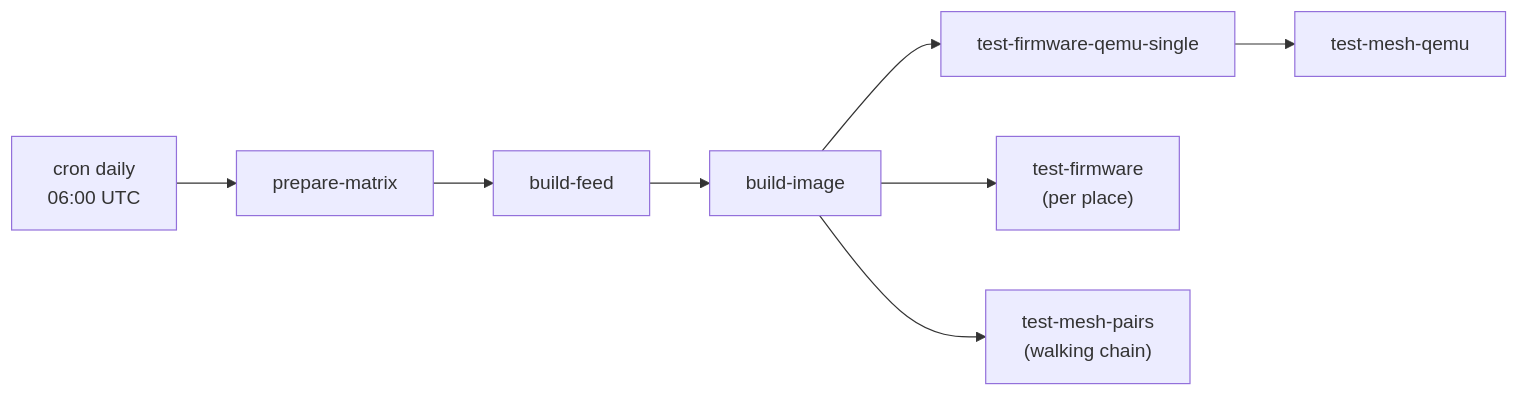
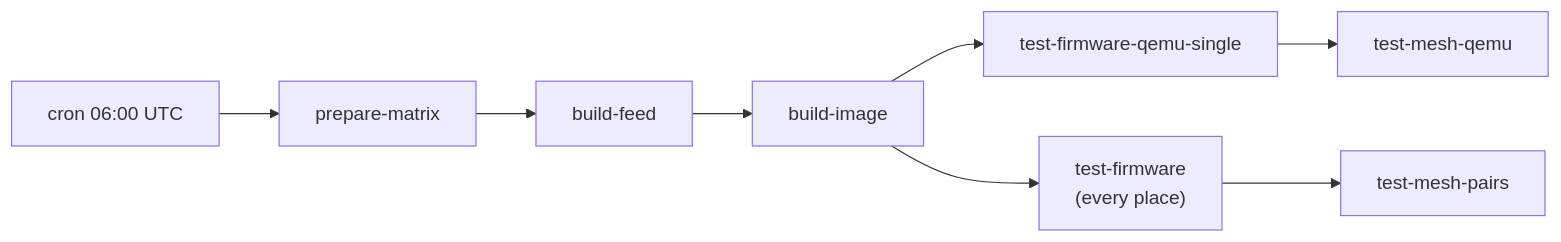
Before and after one commit to libremesh/lime-packages: the fourth of 4 diagrams in docs/ci/firmware-build.md, drawn with Mermaid. The commit also changed other lines of this file and 1 other file, not shown here.

````diff
--- a/docs/ci/firmware-build.md
+++ b/docs/ci/firmware-build.md
@@ -418,17 +280,15 @@
 ```mermaid
 flowchart LR
-  cron["cron daily<br/>06:00 UTC"]
+  cron["cron 06:00 UTC"]
   prep[prepare-matrix]
   feed[build-feed]
   img[build-image]
   qS[test-firmware-qemu-single]
   qM[test-mesh-qemu]
-  pSingle["test-firmware<br/>(per place)"]
-  pPairs["test-mesh-pairs<br/>(walking chain)"]
+  pSingle["test-firmware<br/>(every place)"]
+  pPairs[test-mesh-pairs]
 
-  cron --> prep
-  prep --> feed --> img
+  cron --> prep --> feed --> img
   img --> qS --> qM
-  img --> pSingle
-  img --> pPairs
+  img --> pSingle --> pPairs
 ```
````
